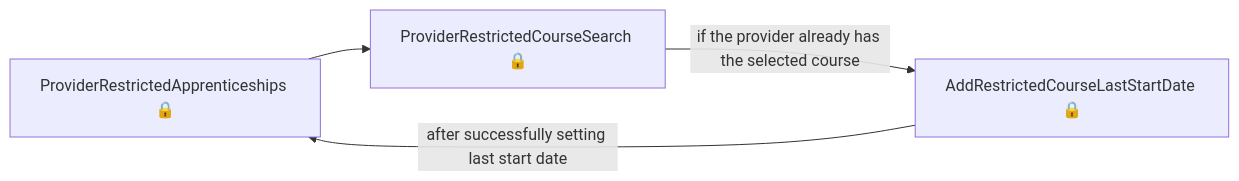
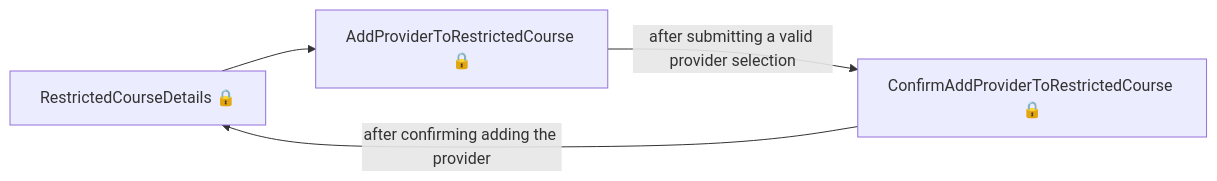
Before and after one commit to talentconsulting/atlas-dfe: the ninth of 11 diagrams in das-admin-roatp-web/user-journeys/user-journeys.md, drawn with Mermaid. The commit also changed other lines of this file and 22 other files, not shown here.

````diff
--- a/das-admin-roatp-web/user-journeys/user-journeys.md
+++ b/das-admin-roatp-web/user-journeys/user-journeys.md
@@ -153,6 +115,6 @@
 ```mermaid
 flowchart LR
-  p0["ProviderRestrictedApprenticeships 🔒"] --> p1["ProviderRestrictedCourseSearch 🔒"]
-  p1["ProviderRestrictedCourseSearch 🔒"] -->|"if the provider already has the selected course"| p2["AddRestrictedCourseLastStartDate 🔒"]
-  p2["AddRestrictedCourseLastStartDate 🔒"] -->|"after successfully setting last start date"| p0["ProviderRestrictedApprenticeships 🔒"]
+  p0["RestrictedCourseDetails 🔒"] --> p1["AddProviderToRestrictedCourse 🔒"]
+  p1["AddProviderToRestrictedCourse 🔒"] -->|"after submitting a valid provider selection"| p2["ConfirmAddProviderToRestrictedCourse 🔒"]
+  p2["ConfirmAddProviderToRestrictedCourse 🔒"] -->|"after confirming adding the provider"| p0["RestrictedCourseDetails 🔒"]
 ```
````
